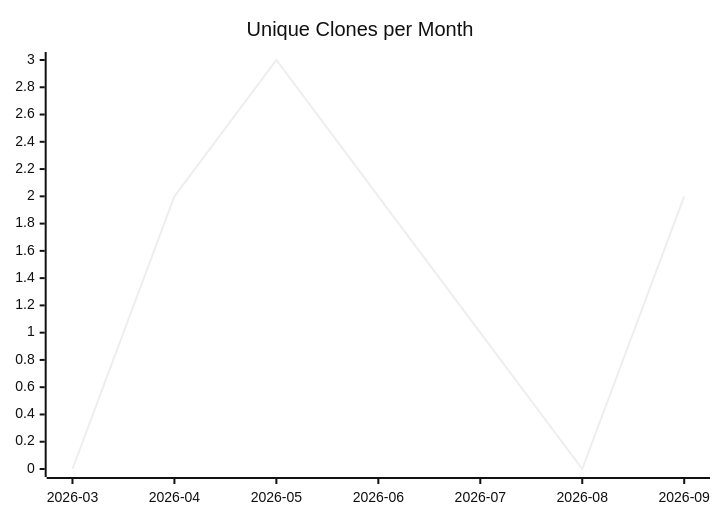
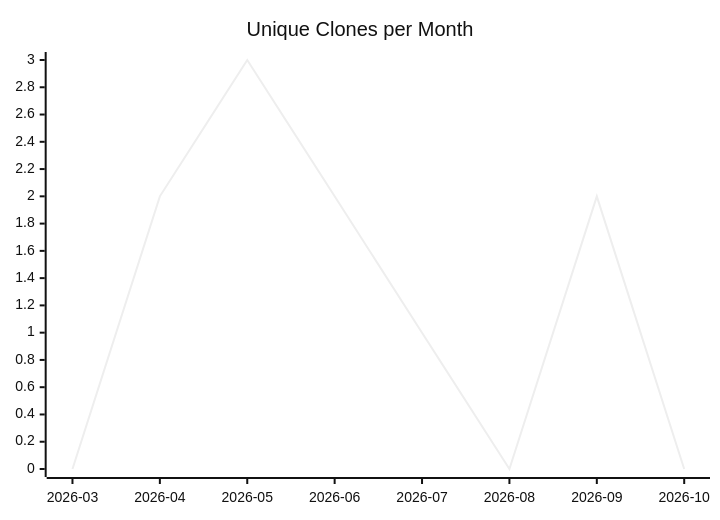
Before and after one commit to justdavis-family/github-analytics-data: the third of 3 diagrams in karlmdavis/ldap-plugin/README.md, drawn with Mermaid (neutral theme). The commit also changed other lines of this file and 202 other files, not shown here.

````diff
--- a/karlmdavis/ldap-plugin/README.md
+++ b/karlmdavis/ldap-plugin/README.md
@@ -19,6 +19,6 @@
 ```mermaid
 xychart-beta
   title "Unique Clones per Month"
-  x-axis ["2026-03", "2026-04", "2026-05", "2026-06", "2026-07", "2026-08", "2026-09"]
-  line [0, 2, 3, 2, 1, 0, 2]
+  x-axis ["2026-03", "2026-04", "2026-05", "2026-06", "2026-07", "2026-08", "2026-09", "2026-10"]
+  line [0, 2, 3, 2, 1, 0, 2, 0]
 ```
````
